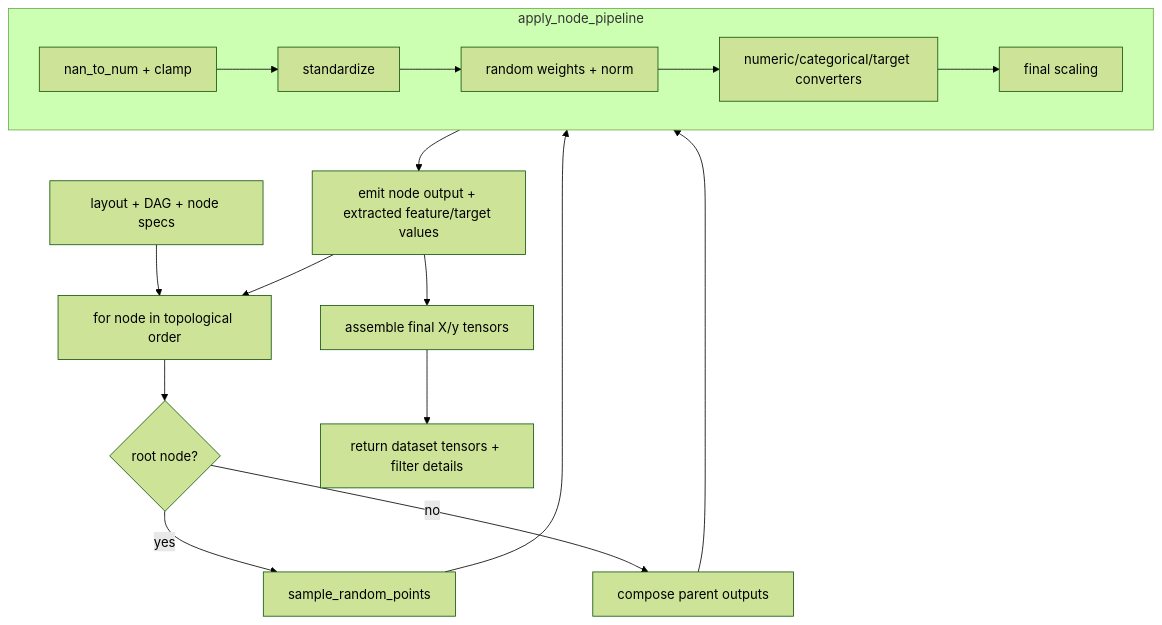
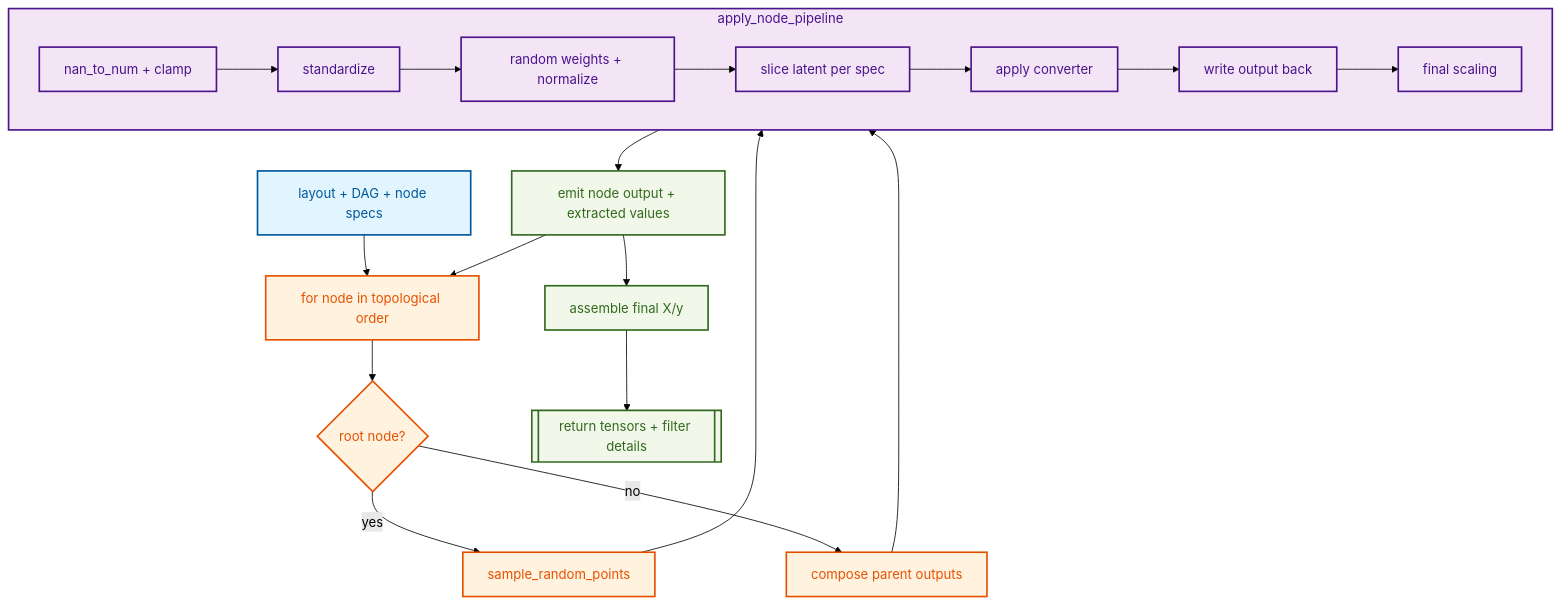
Before and after one commit to bensonlee5/dagzoo: the third of 3 diagrams in docs/how-it-works.md, drawn with Mermaid (forest theme). The commit also changed other lines of this file and 9 other files, not shown here.

````diff
--- a/docs/how-it-works.md
+++ b/docs/how-it-works.md
@@ -146,23 +264,37 @@
 ```mermaid
 flowchart TB
-    Setup["layout + DAG + node specs"] --> Walk["for node in topological order"]
-    Walk --> Root{"root node?"}
+    %% Class Definitions
+    classDef setup fill:#e1f5fe,stroke:#01579b,stroke-width:2px,color:#01579b
+    classDef loop fill:#fff3e0,stroke:#e65100,stroke-width:2px,color:#e65100
+    classDef pipe fill:#f3e5f5,stroke:#4a148c,stroke-width:2px,color:#4a148c
+    classDef out fill:#f1f8e9,stroke:#33691e,stroke-width:2px,color:#33691e
 
-    Root -- yes --> RootSample["sample_random_points"]
-    Root -- no --> ParentMix["compose parent outputs"]
+    Setup[layout + DAG + node specs] --> Walk[for node in topological order]
+    Walk --> Root{root node?}
+
+    Root -- yes --> RootSample[sample_random_points]
+    Root -- no --> ParentMix[compose parent outputs]
 
     RootSample --> Pipe
     ParentMix --> Pipe
 
-    subgraph Pipe["apply_node_pipeline"]
-        Clean["nan_to_num + clamp"] --> Std["standardize"]
-        Std --> Weight["random weights + norm"]
-        Weight --> Convert["numeric/categorical/target converters"]
-        Convert --> Scale["final scaling"]
+    subgraph Pipe [apply_node_pipeline]
+        Clean[nan_to_num + clamp] --> Std[standardize]
+        Std --> Weight[random weights + normalize]
+        Weight --> Slice[slice latent per spec]
+        Slice --> Convert[apply converter]
+        Convert --> Feedback[write output back]
+        Feedback --> Scale[final scaling]
     end
 
-    Pipe --> Emit["emit node output + extracted feature/target values"]
+    Pipe --> Emit[emit node output + extracted values]
     Emit --> Walk
-    Emit --> Assemble["assemble final X/y tensors"]
-    Assemble --> Out["return dataset tensors + filter details"]
+    Emit --> Assemble[assemble final X/y]
+    Assemble --> Out[[return tensors + filter details]]
+
+    %% Assign Classes
+    class Setup setup
+    class Walk,Root,RootSample,ParentMix loop
+    class Clean,Std,Weight,Slice,Convert,Feedback,Scale,Pipe pipe
+    class Emit,Assemble,Out out
 ```
````
